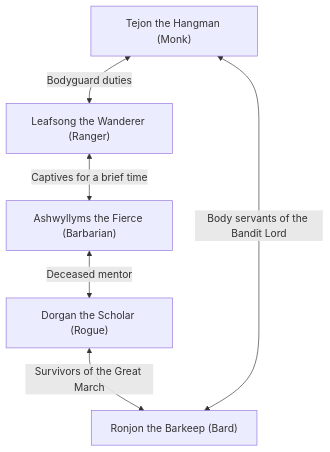
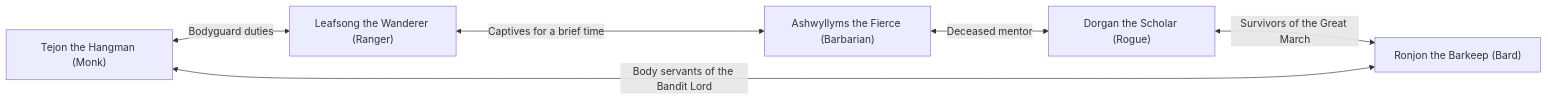
One commit to RoxvilleRooster/savagery changed the diagram in modules/settings/images/ToA_party_bonds.mmd. Above: the diagram before and after it, drawn with Mermaid.

```diff
--- a/modules/settings/images/ToA_party_bonds.mmd
+++ b/modules/settings/images/ToA_party_bonds.mmd
@@ -1,12 +1,12 @@
-graph TD
+graph LR
     Tejon["Tejon the Hangman (Monk)"]
     Dorgan["Dorgan the Scholar (Rogue)"]
     Ronjon["Ronjon the Barkeep (Bard)"]
     Leafsong["Leafsong the Wanderer (Ranger)"]
     Ash["Ashwyllyms the Fierce (Barbarian)"]
 
     Dorgan <-- "Survivors of the Great March" --> Ronjon
     Ronjon <-- "Body servants of the Bandit Lord" --> Tejon
     Tejon <-- "Bodyguard duties" --> Leafsong
-    Leafsong  <-- "Captives for a brief time" --> Ash
+    Leafsong  <-- "Captives for a brief time" ---> Ash
     Ash  <-- "Deceased mentor" --> Dorgan
```
